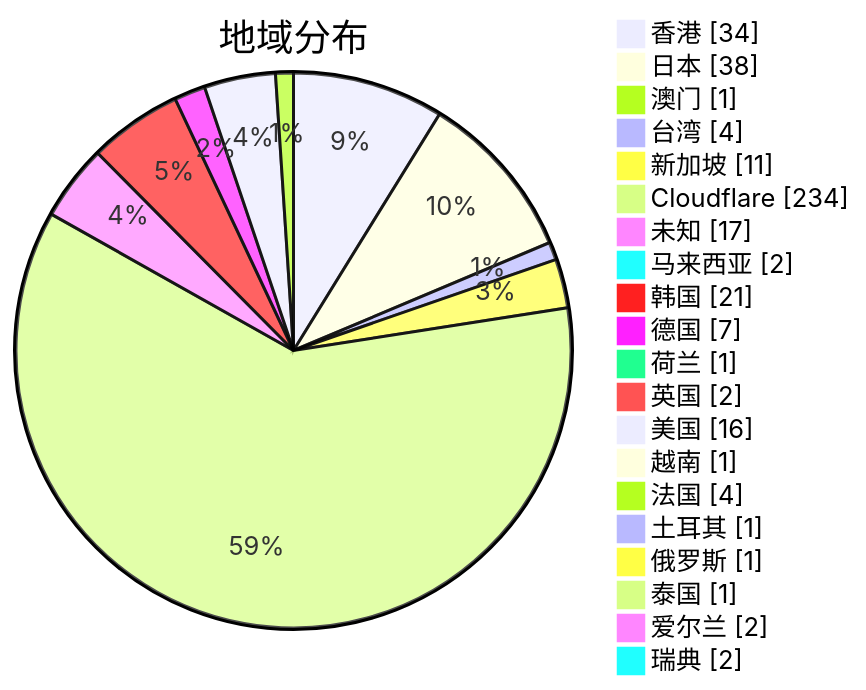
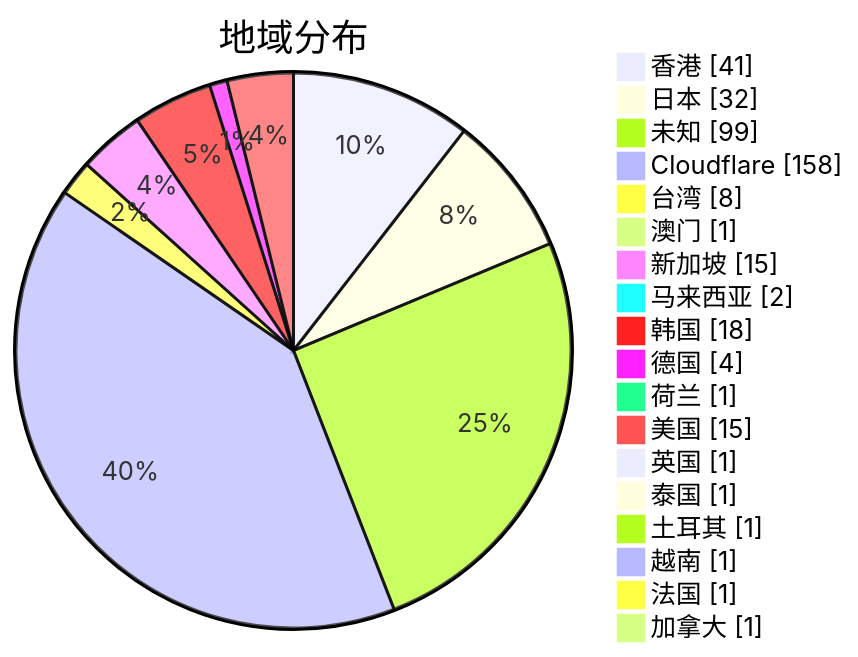
The second of 3 diagrams in subs/statistics/tested_within.md (qjlxg/airport), drawn with Mermaid before and after one commit. The commit also changed other lines of this file and 2 other files, not shown here.

Commit message:
Tested by metaST

````diff
--- a/subs/statistics/tested_within.md
+++ b/subs/statistics/tested_within.md
@@ -13,24 +13,22 @@
 ```mermaid
 pie showData
 title 地域分布
-"香港" : 34
-"日本" : 38
+"香港" : 41
+"日本" : 32
+"未知" : 99
+"Cloudflare" : 158
+"台湾" : 8
 "澳门" : 1
-"台湾" : 4
-"新加坡" : 11
-"Cloudflare" : 234
-"未知" : 17
+"新加坡" : 15
 "马来西亚" : 2
-"韩国" : 21
-"德国" : 7
+"韩国" : 18
+"德国" : 4
 "荷兰" : 1
-"英国" : 2
-"美国" : 16
+"美国" : 15
+"英国" : 1
+"泰国" : 1
+"土耳其" : 1
 "越南" : 1
-"法国" : 4
-"土耳其" : 1
-"俄罗斯" : 1
-"泰国" : 1
-"爱尔兰" : 2
-"瑞典" : 2
+"法国" : 1
+"加拿大" : 1
 ```
````
